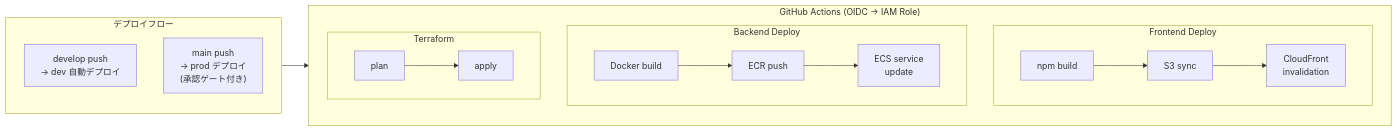
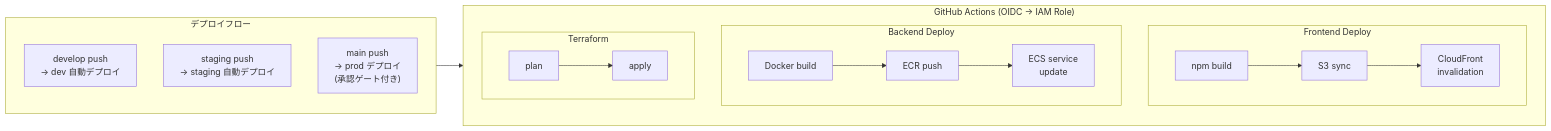
Before and after one commit to NexaScience/airas-infra: the second of 2 diagrams in docs/architecture.md, drawn with Mermaid. The commit also changed other lines of this file and 11 other files, not shown here.

````diff
--- a/docs/architecture.md
+++ b/docs/architecture.md
@@ -80,21 +80,22 @@
 ```mermaid
 graph LR
     subgraph GHA["GitHub Actions (OIDC → IAM Role)"]
         subgraph Frontend["Frontend Deploy"]
             F1["npm build"] --> F2["S3 sync"] --> F3["CloudFront\ninvalidation"]
         end
         subgraph Backend["Backend Deploy"]
             B1["Docker build"] --> B2["ECR push"] --> B3["ECS service\nupdate"]
         end
         subgraph Infra["Terraform"]
             T1["plan"] --> T2["apply"]
         end
     end
 
     subgraph Trigger["デプロイフロー"]
         Dev["develop push\n→ dev 自動デプロイ"]
+        Staging["staging push\n→ staging 自動デプロイ"]
         Prod["main push\n→ prod デプロイ\n(承認ゲート付き)"]
     end
 
     Trigger --> GHA
 ```
````
